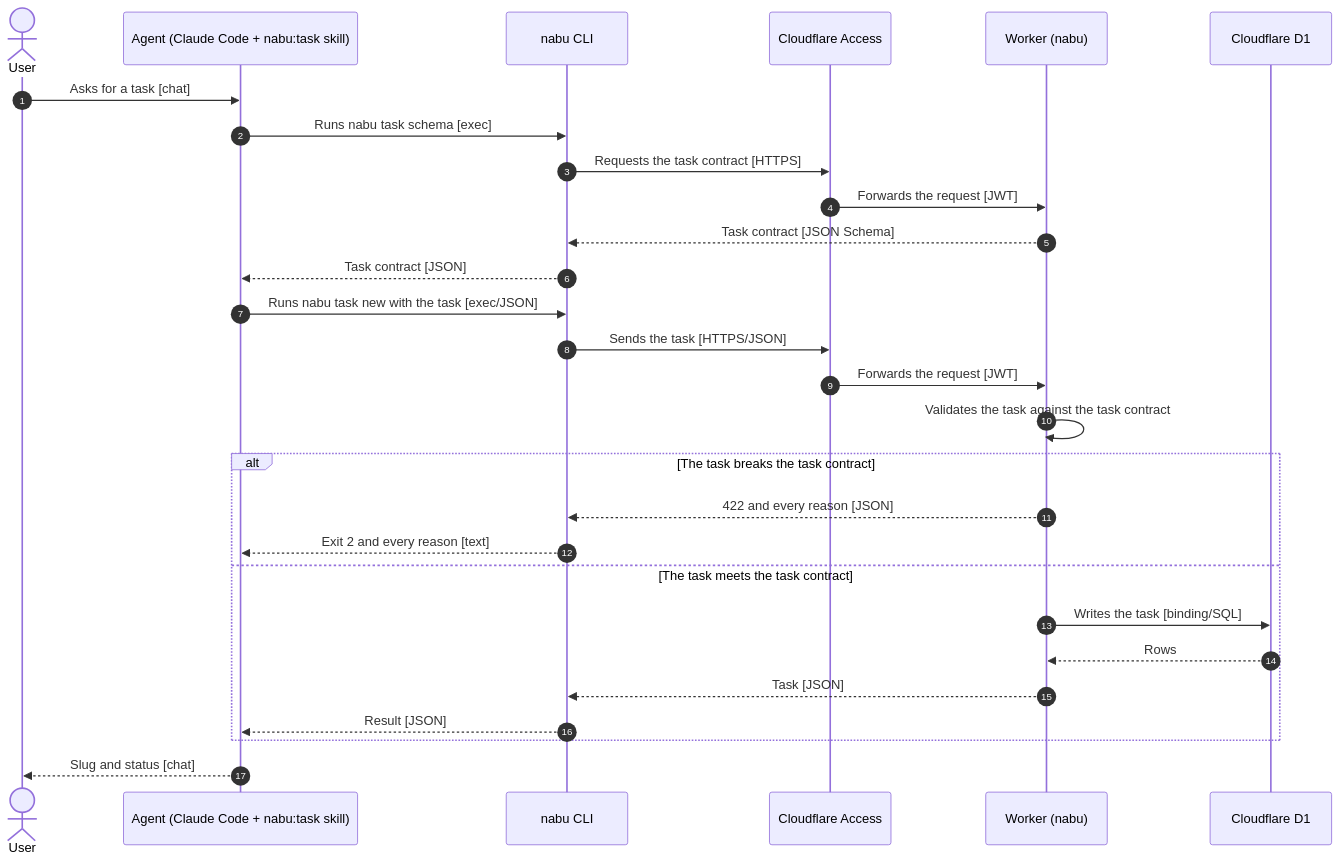
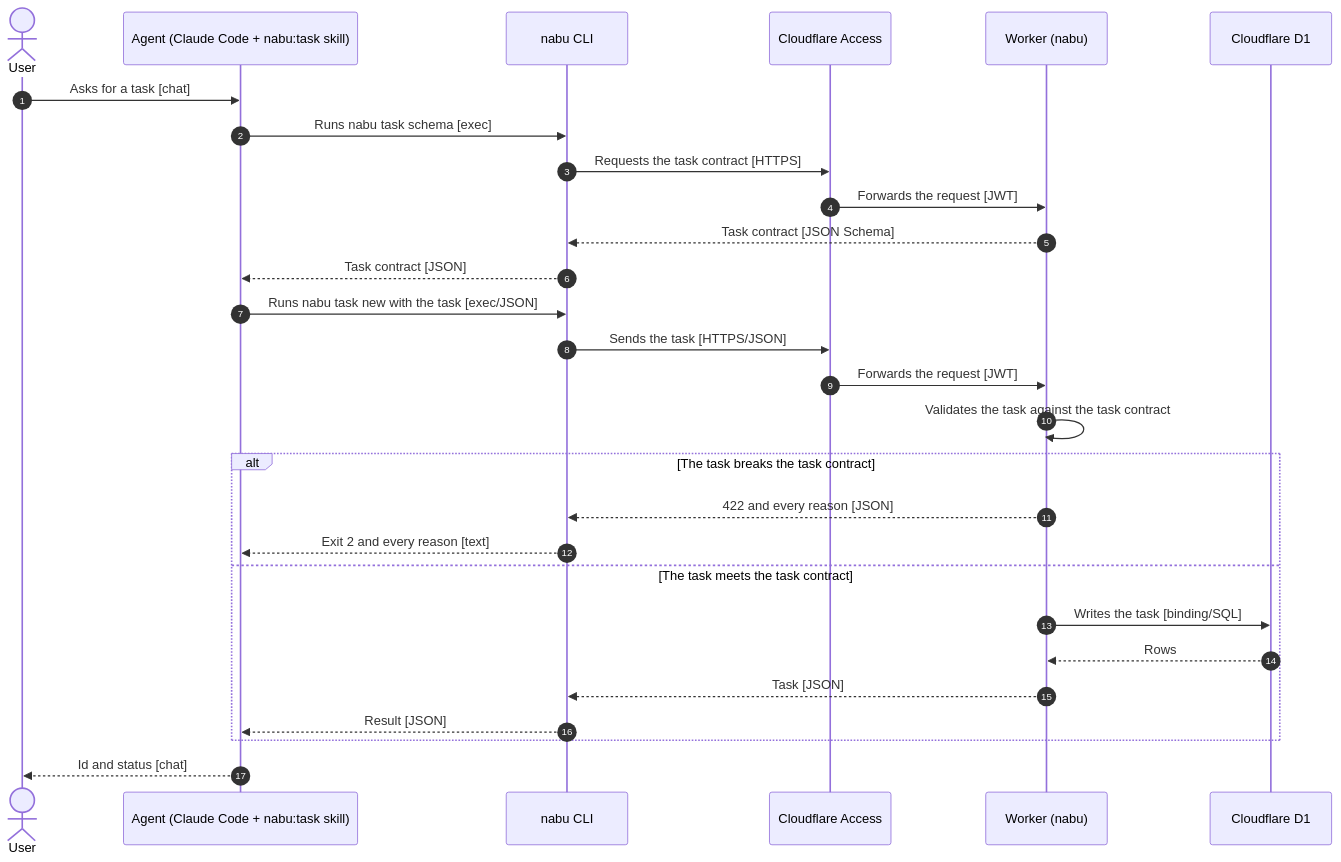
The fourth of 4 diagrams in docs/architecture.md (gitt510/nabu), drawn with Mermaid before and after one commit. The commit also changed 13 other files, not shown here.

````diff
--- a/docs/architecture.md
+++ b/docs/architecture.md
@@ -67,31 +67,31 @@
 ```mermaid
 sequenceDiagram
   autonumber
   actor User
   participant Agent as Agent (Claude Code + nabu:task skill)
   participant CLI as nabu CLI
   participant Access as Cloudflare Access
   participant Worker as Worker (nabu)
   participant D1 as Cloudflare D1
 
   User->>Agent: Asks for a task [chat]
   Agent->>CLI: Runs nabu task schema [exec]
   CLI->>Access: Requests the task contract [HTTPS]
   Access->>Worker: Forwards the request [JWT]
   Worker-->>CLI: Task contract [JSON Schema]
   CLI-->>Agent: Task contract [JSON]
   Agent->>CLI: Runs nabu task new with the task [exec/JSON]
   CLI->>Access: Sends the task [HTTPS/JSON]
   Access->>Worker: Forwards the request [JWT]
   Worker->>Worker: Validates the task against the task contract
   alt The task breaks the task contract
     Worker-->>CLI: 422 and every reason [JSON]
     CLI-->>Agent: Exit 2 and every reason [text]
   else The task meets the task contract
     Worker->>D1: Writes the task [binding/SQL]
     D1-->>Worker: Rows
     Worker-->>CLI: Task [JSON]
     CLI-->>Agent: Result [JSON]
   end
-  Agent-->>User: Slug and status [chat]
+  Agent-->>User: Id and status [chat]
 ```
````
